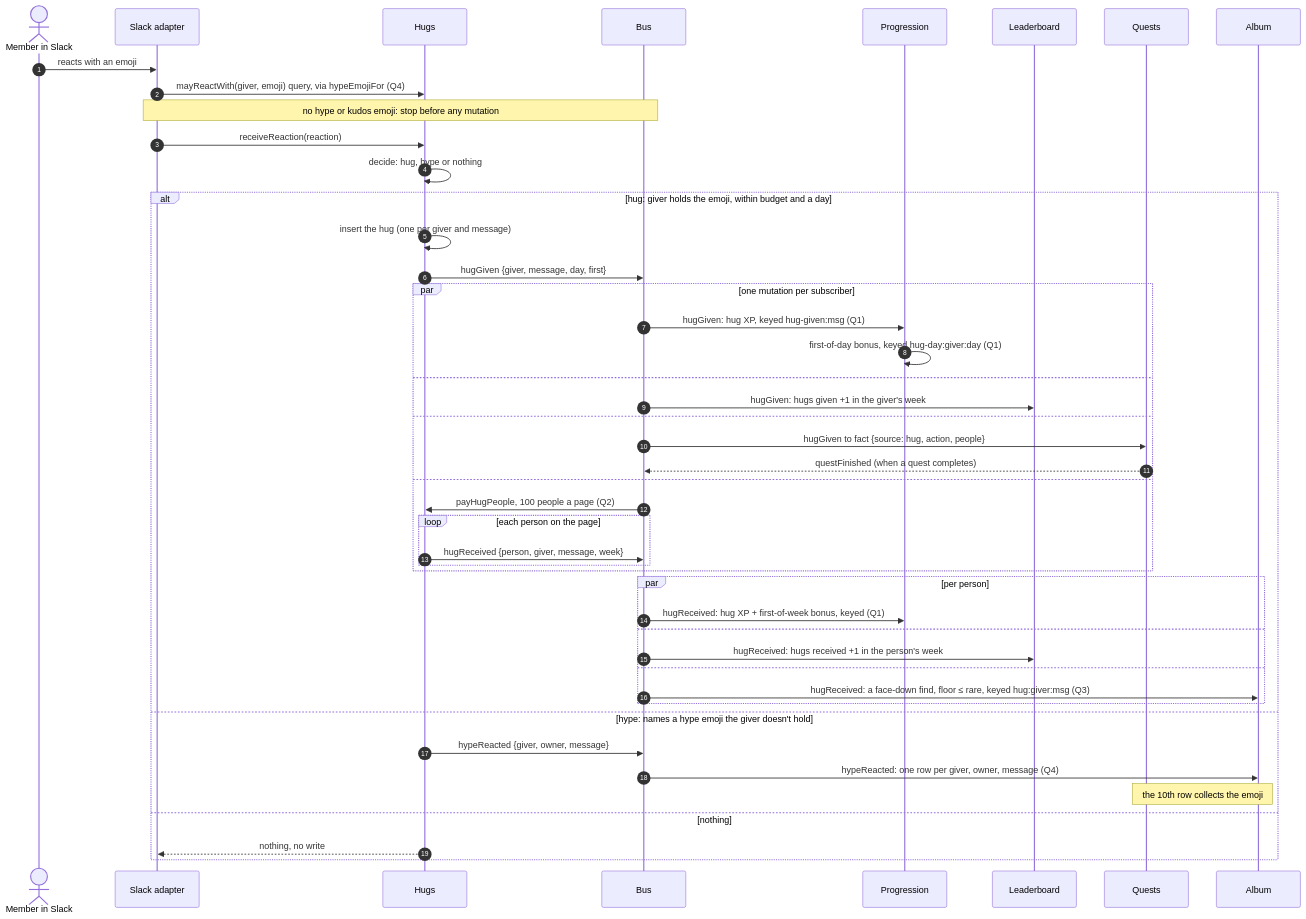
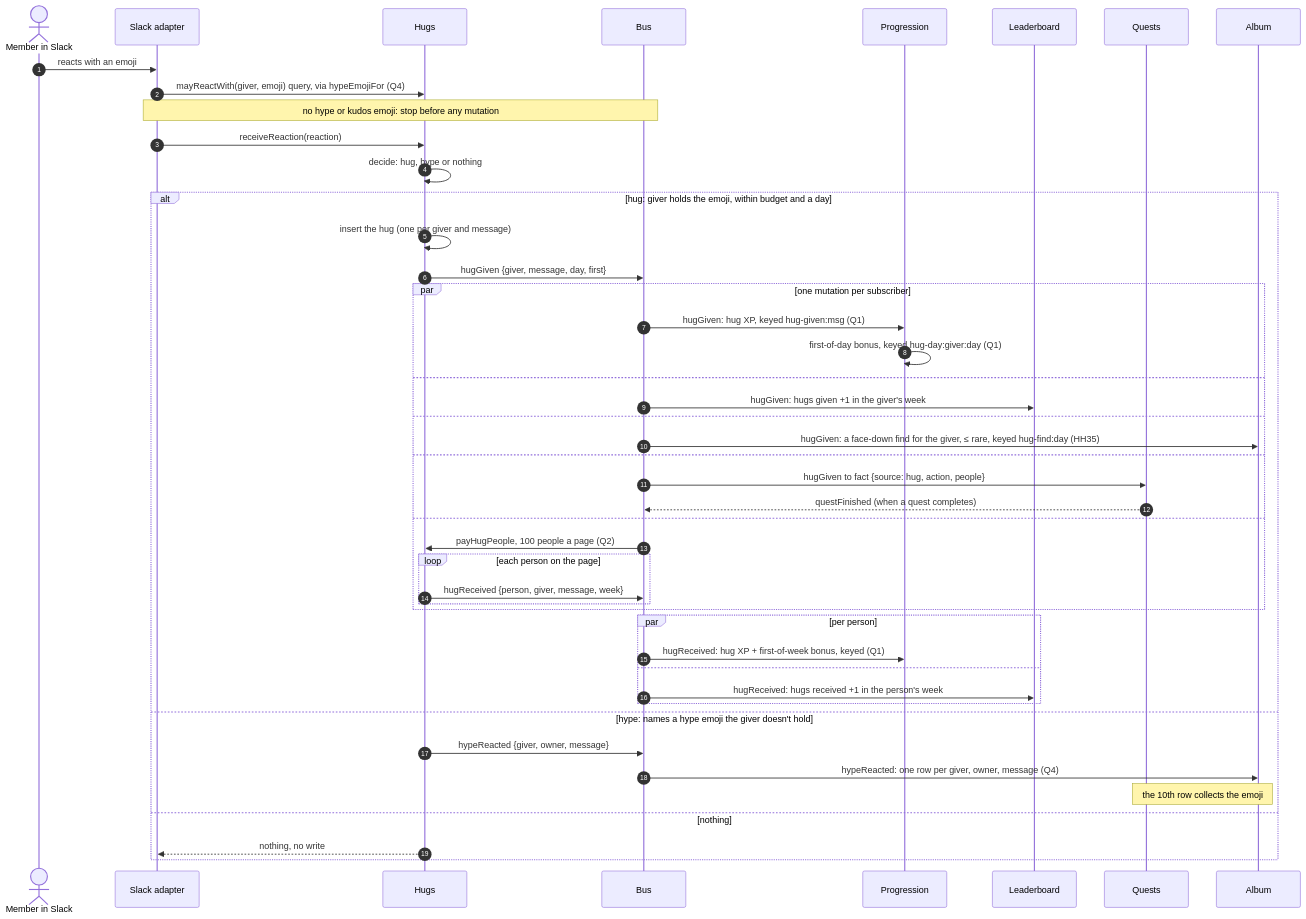
The diagram in docs/architecture/hugs-hook/write.mmd (Silthus/kudos), drawn with Mermaid before and after one commit. The commit also changed 13 other files, not shown here.

First line of the commit message:
Draw the hug find on hugGiven in the diagrams, and check the crossings against the allowlist in one equality

```diff
--- a/docs/architecture/hugs-hook/write.mmd
+++ b/docs/architecture/hugs-hook/write.mmd
@@ -1,46 +1,46 @@
 sequenceDiagram
   autonumber
   actor M as Member in Slack
   participant S as Slack adapter
   participant H as Hugs
   participant B as Bus
   participant P as Progression
   participant L as Leaderboard
   participant Q as Quests
   participant A as Album
   M->>S: reacts with an emoji
   S->>H: mayReactWith(giver, emoji) query, via hypeEmojiFor (Q4)
   Note over S,B: no hype or kudos emoji: stop before any mutation
   S->>H: receiveReaction(reaction)
   H->>H: decide: hug, hype or nothing
   alt hug: giver holds the emoji, within budget and a day
     H->>H: insert the hug (one per giver and message)
     H->>B: hugGiven {giver, message, day, first}
     par one mutation per subscriber
       B->>P: hugGiven: hug XP, keyed hug-given:msg (Q1)
       P->>P: first-of-day bonus, keyed hug-day:giver:day (Q1)
     and
       B->>L: hugGiven: hugs given +1 in the giver's week
     and
+      B->>A: hugGiven: a face-down find for the giver, ≤ rare, keyed hug-find:day (HH35)
+    and
       B->>Q: hugGiven to fact {source: hug, action, people}
       Q-->>B: questFinished (when a quest completes)
     and
       B->>H: payHugPeople, 100 people a page (Q2)
       loop each person on the page
         H->>B: hugReceived {person, giver, message, week}
       end
     end
     par per person
       B->>P: hugReceived: hug XP + first-of-week bonus, keyed (Q1)
     and
       B->>L: hugReceived: hugs received +1 in the person's week
-    and
-      B->>A: hugReceived: a face-down find, floor ≤ rare, keyed hug:giver:msg (Q3)
     end
   else hype: names a hype emoji the giver doesn't hold
     H->>B: hypeReacted {giver, owner, message}
     B->>A: hypeReacted: one row per giver, owner, message (Q4)
     Note over Q,A: the 10th row collects the emoji
   else nothing
     H-->>S: nothing, no write
   end
```
